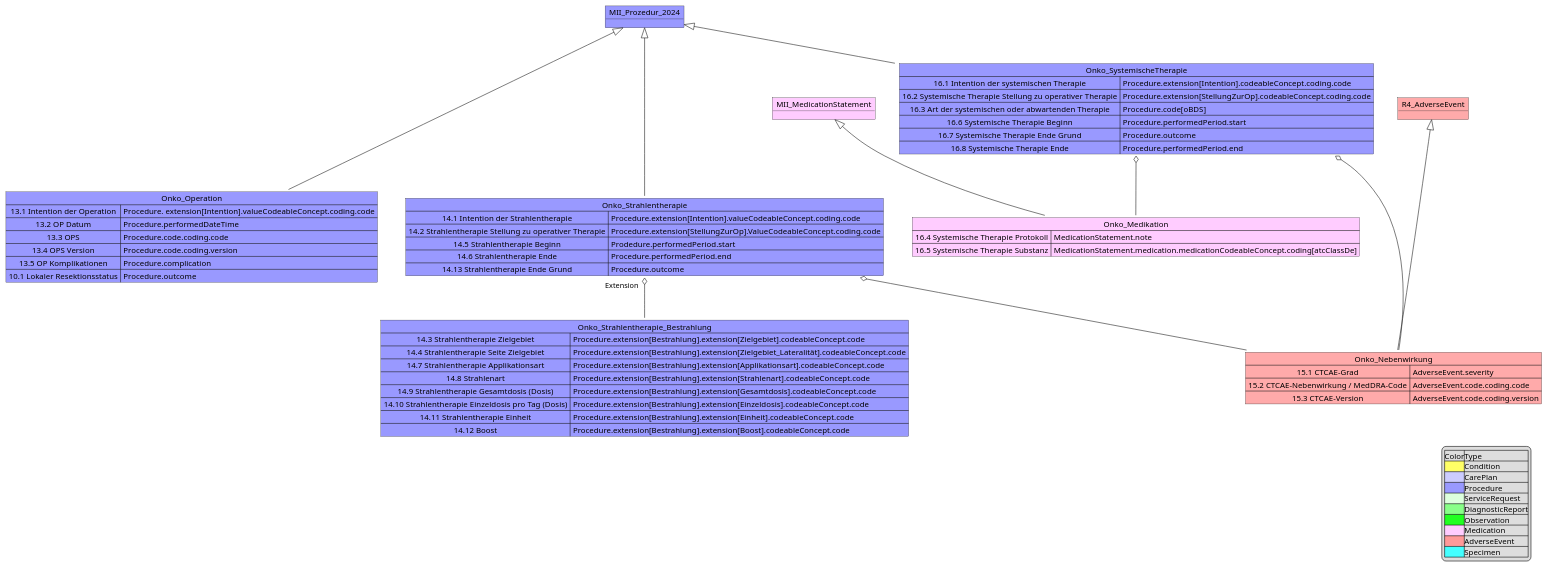
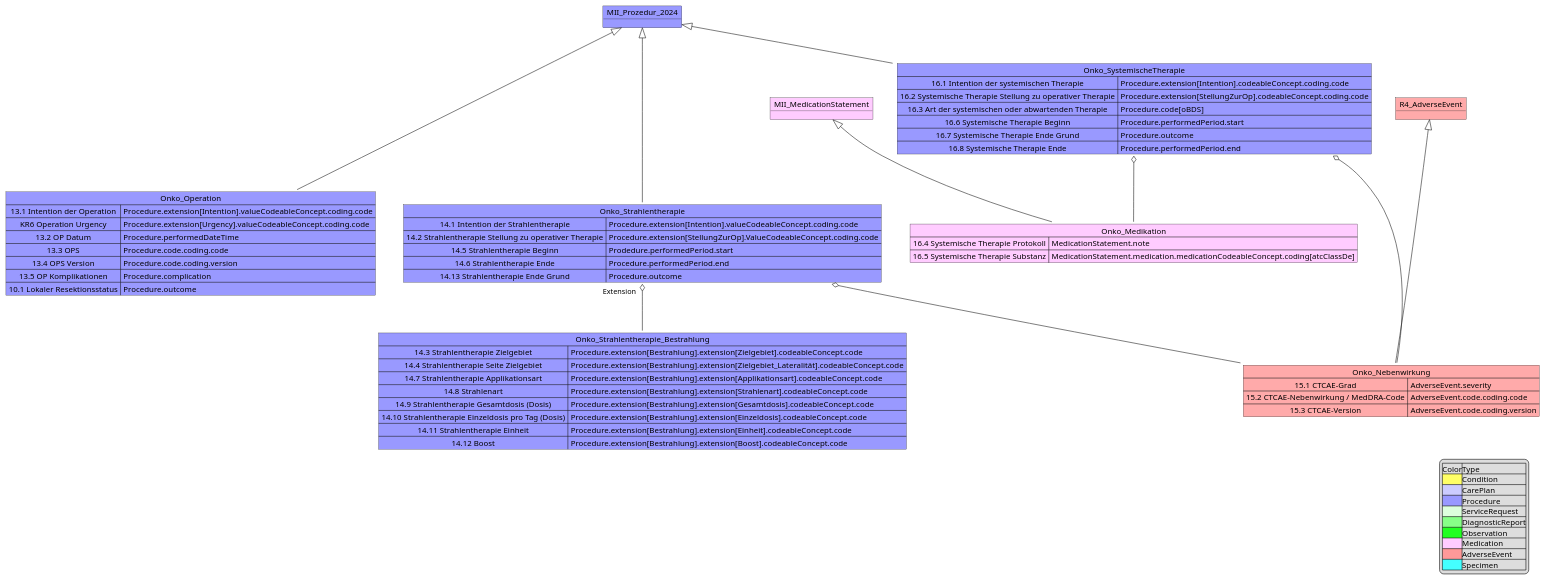
One commit to medizininformatik-initiative/kerndatensatzmodul-onkologie changed the diagram in input/images-source/MII_Onko_13-16_Prozeduren.pu. Above: the diagram before and after it, drawn with PlantUML. The commit also changed 2 other files, not shown here.

Commit message:
fix: Update UML diagrams with recent profile changes
- Add Variant-Specimen relationship to UML_Relations_v1 and v2 (removed TODO)
- Add Operation Urgency extension (KR6) to Prozeduren diagram
- These updates align UML diagrams with recent profile generalizations

🤖 Generated with [Claude Code](https://claude.com/claude-code)

```diff
--- a/input/images-source/MII_Onko_13-16_Prozeduren.pu
+++ b/input/images-source/MII_Onko_13-16_Prozeduren.pu
@@ -1,84 +1,85 @@
 @startuml MII_Onko_13-16_Prozeduren
 object MII_Prozedur_2024 #9999FF
 Map Onko_Operation #9999FF{
-13.1 Intention der Operation => Procedure. extension[Intention].valueCodeableConcept.coding.code
+13.1 Intention der Operation => Procedure.extension[Intention].valueCodeableConcept.coding.code
+KR6 Operation Urgency => Procedure.extension[Urgency].valueCodeableConcept.coding.code
 13.2 OP Datum => Procedure.performedDateTime
-13.3 OPS => Procedure.code.coding.code 
+13.3 OPS => Procedure.code.coding.code
 13.4 OPS Version => Procedure.code.coding.version
 13.5 OP Komplikationen => Procedure.complication
 10.1 Lokaler Resektionsstatus => Procedure.outcome
 }
 Map Onko_Strahlentherapie #9999FF{
 14.1 Intention der Strahlentherapie => Procedure.extension[Intention].valueCodeableConcept.coding.code
 14.2 Strahlentherapie Stellung zu operativer Therapie => Procedure.extension[StellungZurOp].ValueCodeableConcept.coding.code
 
 14.5 Strahlentherapie Beginn => Prodedure.performedPeriod.start
 14.6 Strahlentherapie Ende =>Procedure.performedPeriod.end
 14.13 Strahlentherapie Ende Grund => Procedure.outcome
 }
 
 Map Onko_Strahlentherapie_Bestrahlung #9999FF{
 14.3 Strahlentherapie Zielgebiet => Procedure.extension[Bestrahlung].extension[Zielgebiet].codeableConcept.code
 14.4 Strahlentherapie Seite Zielgebiet => Procedure.extension[Bestrahlung].extension[Zielgebiet_Lateralität].codeableConcept.code
 14.7 Strahlentherapie Applikationsart => Procedure.extension[Bestrahlung].extension[Applikationsart].codeableConcept.code
 14.8 Strahlenart => Procedure.extension[Bestrahlung].extension[Strahlenart].codeableConcept.code
 14.9 Strahlentherapie Gesamtdosis (Dosis) => Procedure.extension[Bestrahlung].extension[Gesamtdosis].codeableConcept.code
 14.10 Strahlentherapie Einzeldosis pro Tag (Dosis) =>Procedure.extension[Bestrahlung].extension[Einzeldosis].codeableConcept.code
 14.11 Strahlentherapie Einheit =>Procedure.extension[Bestrahlung].extension[Einheit].codeableConcept.code
 14.12 Boost=>Procedure.extension[Bestrahlung].extension[Boost].codeableConcept.code
 }
 
 Onko_Strahlentherapie "Extension   " o-- Onko_Strahlentherapie_Bestrahlung
 
 Map Onko_SystemischeTherapie #9999FF{
 16.1 Intention der systemischen Therapie => Procedure.extension[Intention].codeableConcept.coding.code
 16.2 Systemische Therapie Stellung zu operativer Therapie => Procedure.extension[StellungZurOp].codeableConcept.coding.code
 16.3 Art der systemischen oder abwartenden Therapie => Procedure.code[oBDS]
 16.6 Systemische Therapie Beginn => Procedure.performedPeriod.start
 
 16.7 Systemische Therapie Ende Grund => Procedure.outcome 
 
 16.8 Systemische Therapie Ende => Procedure.performedPeriod.end
 }
 
 Map Onko_Medikation #FFCCFF{
 
 16.4 Systemische Therapie Protokoll => MedicationStatement.note
 
 16.5 Systemische Therapie Substanz => MedicationStatement.medication.medicationCodeableConcept.coding[atcClassDe]
 }
 
 object MII_MedicationStatement #FFCCFF
 MII_MedicationStatement <|-- Onko_Medikation
 Onko_SystemischeTherapie o-- Onko_Medikation
 
 MII_Prozedur_2024 <|--- Onko_Operation
 MII_Prozedur_2024 <|--- Onko_Strahlentherapie
 MII_Prozedur_2024 <|-- Onko_SystemischeTherapie
 
 object R4_AdverseEvent #FFAAAA
 
 Map Onko_Nebenwirkung #FFAAAA{
     15.1 CTCAE-Grad => AdverseEvent.severity
     15.2 CTCAE-Nebenwirkung / MedDRA-Code => AdverseEvent.code.coding.code 
     15.3 CTCAE-Version => AdverseEvent.code.coding.version
 }
 R4_AdverseEvent <|--- Onko_Nebenwirkung
 
 
 Onko_Strahlentherapie o-- Onko_Nebenwirkung
 Onko_SystemischeTherapie o-- Onko_Nebenwirkung
 
 legend right 
 |Color|Type|
 |<#FFFF66>|Condition|
 |<#CCCCFF>|CarePlan|
 |<#9999FF>|Procedure|
 |<#DDFFDD>|ServiceRequest|
 |<#88FF88>|DiagnosticReport|
 |<#22FF22>|Observation|
 |<#FFCCFF>|Medication|
 |<#FF9999>|AdverseEvent|
 |<#44FFFF>|Specimen|
 endlegend
 @enduml
```
